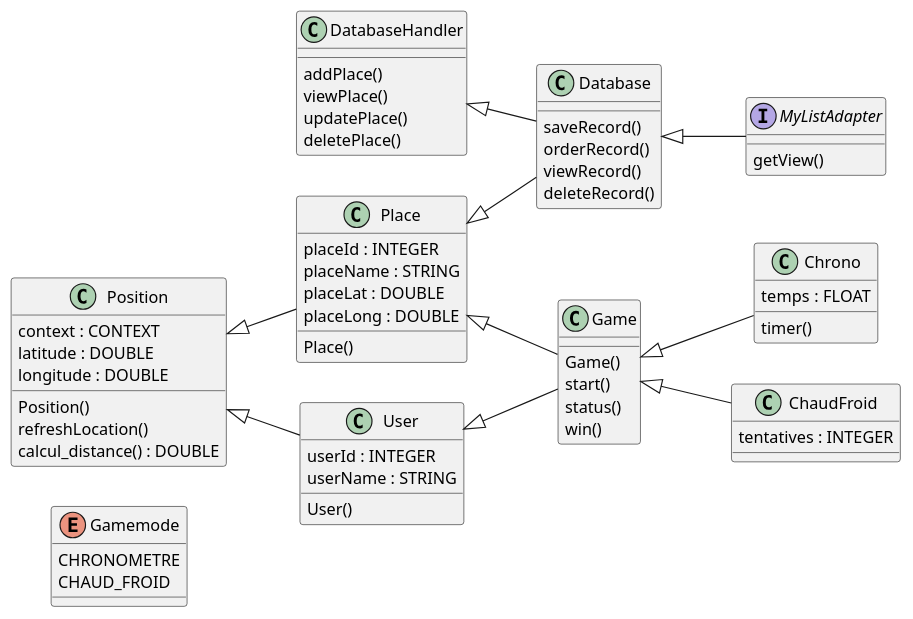
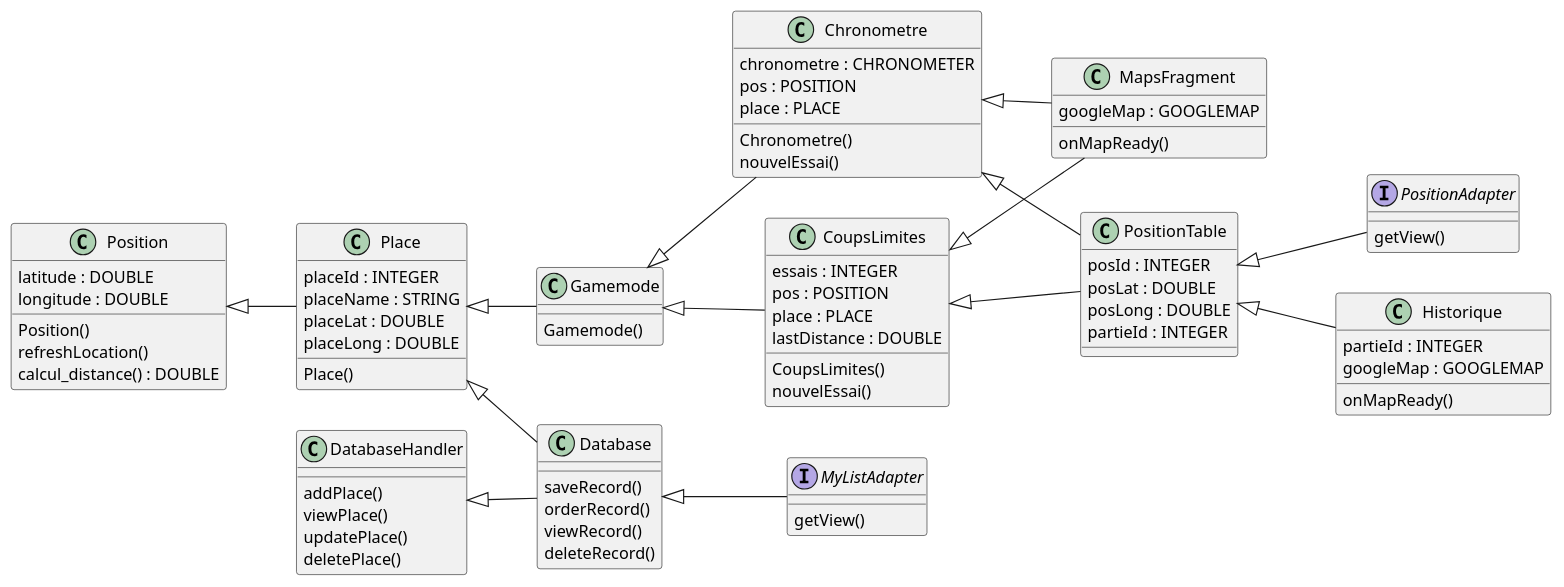
The diagram in app/src/docs/UML/@startuml.wsd (Kaanar/Akenasia), drawn with PlantUML before and after one commit. The commit also changed 1 other file, not shown here.

Commit message:
Update UML

```diff
--- a/app/src/docs/UML/@startuml.wsd
+++ b/app/src/docs/UML/@startuml.wsd
@@ -1,76 +1,95 @@
 @startuml Akenasia
 left to right direction
 
-enum Gamemode {
-  CHRONOMETRE
-  CHAUD_FROID
+class Chronometre {
+  chronometre : CHRONOMETER
+  pos : POSITION
+  place : PLACE
+  Chronometre()
+  nouvelEssai()
 }
 
-class Chrono {
-  temps : FLOAT
-  timer()
+class MapsFragment {
+  googleMap : GOOGLEMAP
+  onMapReady()
 }
 
 class Place {
   placeId : INTEGER
   placeName : STRING
   placeLat : DOUBLE
   placeLong : DOUBLE
   Place()
 }
 
 class Database {
   saveRecord()
   orderRecord()
   viewRecord()
   deleteRecord()
 }
 
 class Position {
-  context : CONTEXT
   latitude : DOUBLE
   longitude : DOUBLE
   Position()
   refreshLocation()
   calcul_distance() : DOUBLE
 }
 
-class User {
-  userId : INTEGER
-  userName : STRING
-  User()
-}
-
 interface MyListAdapter {
   getView()
 }
 
-class Game {
-  Game()
-  start()
-  status()
-  win()
+class Gamemode {
+  Gamemode()
 }
 
-class ChaudFroid {
-  tentatives : INTEGER
+class CoupsLimites {
+  essais : INTEGER
+  pos : POSITION
+  place : PLACE
+  lastDistance : DOUBLE
+  CoupsLimites()
+  nouvelEssai()
+}
+
+class PositionTable {
+  posId : INTEGER
+  posLat : DOUBLE
+  posLong : DOUBLE
+  partieId : INTEGER
+}
+
+interface PositionAdapter {
+  getView()
+}
+
+class Historique {
+  partieId : INTEGER
+  googleMap : GOOGLEMAP
+  onMapReady()
 }
 
 class DatabaseHandler {
   addPlace()
   viewPlace()
   updatePlace()
   deletePlace()
 }
 
 Database <|-- MyListAdapter
 DatabaseHandler <|-- Database
 Place <|-- Database
 Position <|-- Place
-Place <|-- Game
-Position <|-- User
-User <|-- Game
-Game <|-- Chrono
-Game <|-- ChaudFroid
+Place <|-- Gamemode
+Gamemode <|-- Chronometre
+Gamemode <|-- CoupsLimites
+Chronometre <|-- PositionTable
+CoupsLimites <|-- PositionTable
+PositionTable <|-- PositionAdapter
+PositionTable <|-- Historique
+Chronometre <|-- MapsFragment
+CoupsLimites <|-- MapsFragment
 
 @enduml
```
